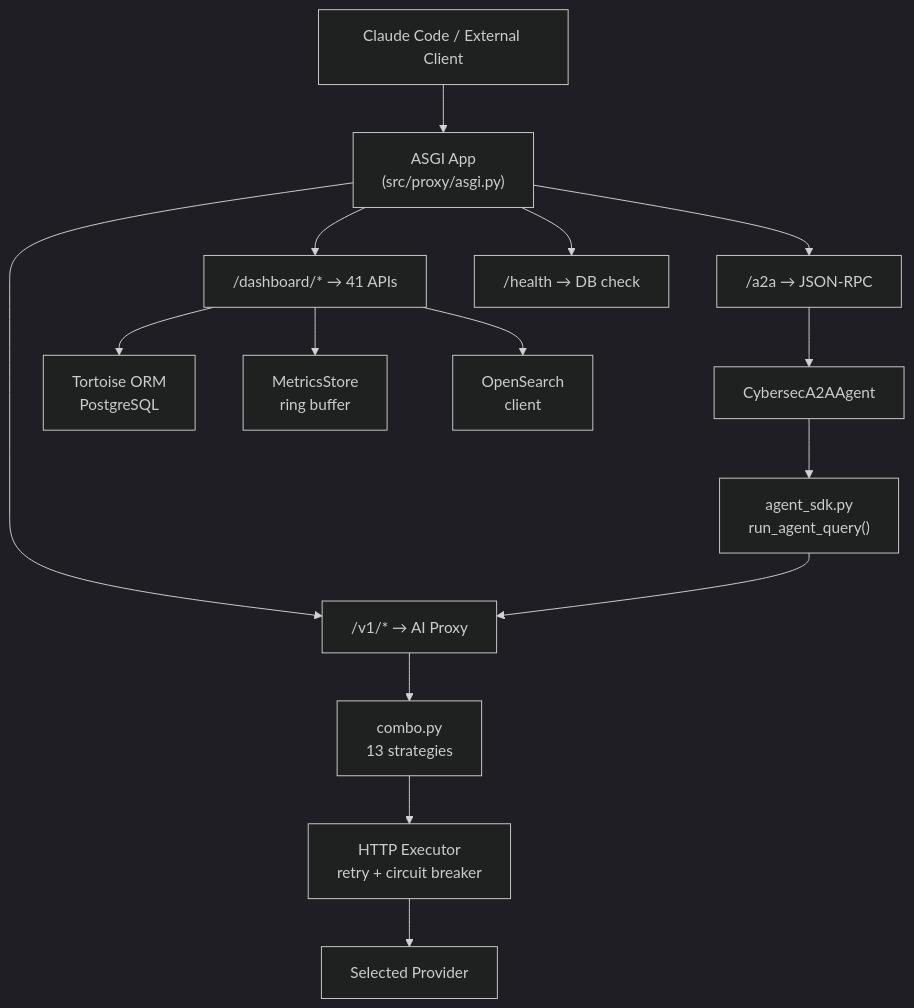
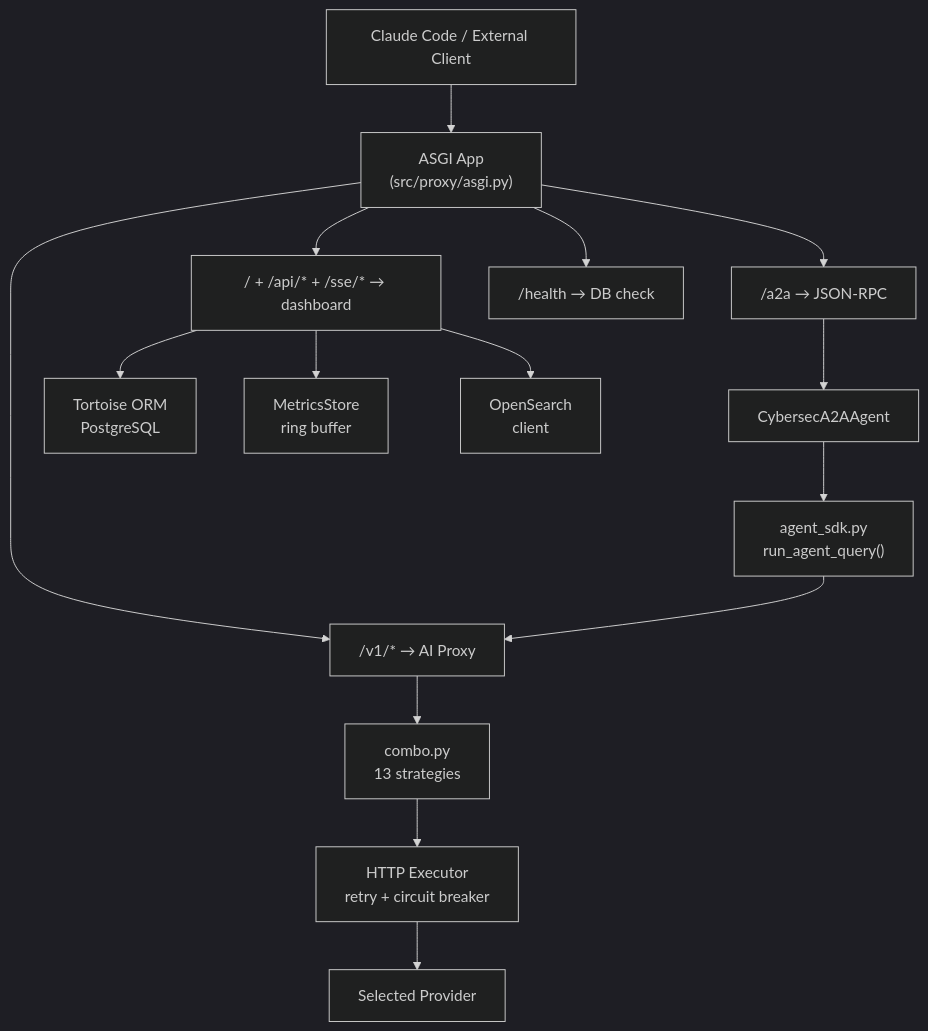
The second of 2 diagrams in docs/architecture.md (DCx7C5/cybersecsuite), drawn with Mermaid (dark theme) before and after one commit. The commit also changed other lines of this file and 112 other files, not shown here.

````diff
--- a/docs/architecture.md
+++ b/docs/architecture.md
@@ -398,21 +399,21 @@
 ```mermaid
 flowchart TD
     Entry["Claude Code / External Client"] --> ASGI["ASGI App\n(src/proxy/asgi.py)"]
 
     ASGI --> V1["/v1/* → AI Proxy"]
-    ASGI --> Dash["/dashboard/* → 41 APIs"]
+    ASGI --> Dash["/ + /api/* + /sse/* → dashboard"]
     ASGI --> A2A["/a2a → JSON-RPC"]
     ASGI --> Health["/health → DB check"]
 
     V1 --> Combo["combo.py\n13 strategies"]
     Combo --> Exec["HTTP Executor\nretry + circuit breaker"]
     Exec --> Provider["Selected Provider"]
 
     A2A --> Agent["CybersecA2AAgent"]
     Agent --> SDK["agent_sdk.py\nrun_agent_query()"]
     SDK --> V1
 
     Dash --> DashDB["Tortoise ORM\nPostgreSQL"]
     Dash --> DashTelemetry["MetricsStore\nring buffer"]
     Dash --> DashOS["OpenSearch\nclient"]
 ```
````
